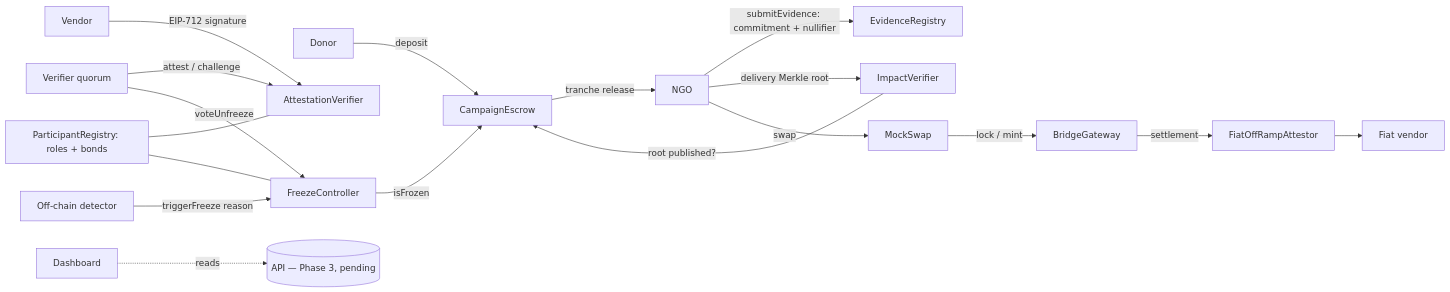
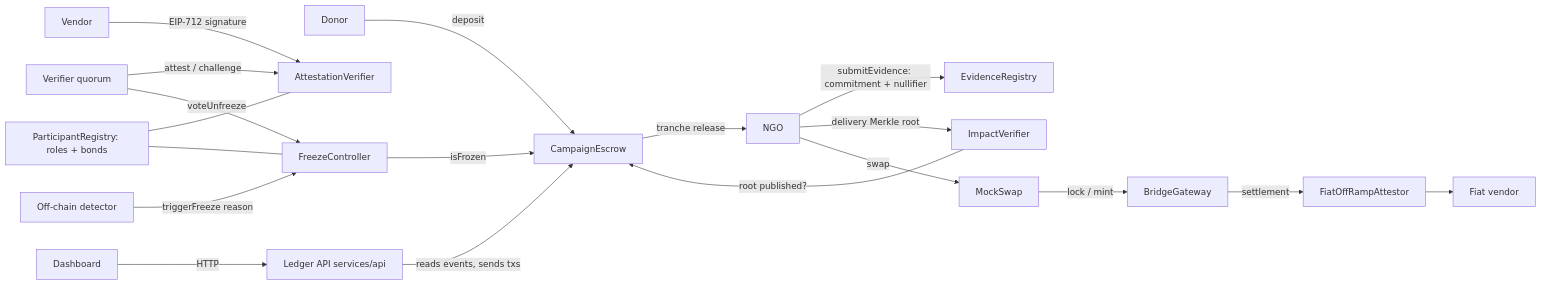
Before and after one commit to Mahavir2006/Blockchain_IIITNagpur: the diagram in README.md, drawn with Mermaid. The commit also changed other lines of this file, not shown here.

Commit message:
docs: README run steps for deploy, API and live dashboard

````diff
--- a/README.md
+++ b/README.md
@@ -11,17 +11,17 @@
 ```mermaid
 flowchart LR
   D[Donor] -->|deposit| E[CampaignEscrow]
   E -->|tranche release| N[NGO]
   N -->|submitEvidence: commitment + nullifier| R[EvidenceRegistry]
   V[Vendor] -->|EIP-712 signature| A[AttestationVerifier]
   Q[Verifier quorum] -->|attest / challenge| A
   N -->|delivery Merkle root| I[ImpactVerifier]
   I -->|root published?| E
   F[FreezeController] -->|isFrozen| E
   Q -->|voteUnfreeze| F
   DET[Off-chain detector] -->|triggerFreeze reason| F
   P[ParticipantRegistry: roles + bonds] --- A
   P --- F
   N -->|swap| S[MockSwap] -->|lock / mint| B[BridgeGateway] -->|settlement| O[FiatOffRampAttestor] --> VEN[Fiat vendor]
-  UI[Dashboard] -.reads.-> API[(API — Phase 3, pending)]
+  UI[Dashboard] -->|HTTP| API[Ledger API services/api] -->|reads events, sends txs| E
 ```
````
